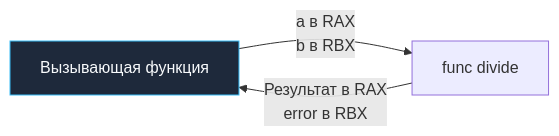
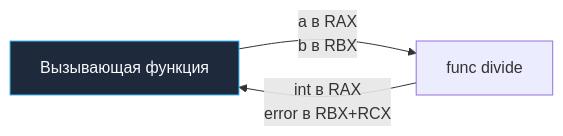
Before and after one commit to UnrealTemplier/go-textbook-ru: the diagram in sources/5. Учебник по Go (Основы и синтаксис)/10. Функции. Аргументы, return, multiple return values.md, drawn with Mermaid. The commit also changed other lines of this file and 43 other files, not shown here.

````diff
--- a/sources/5. Учебник по Go (Основы и синтаксис)/10. Функции. Аргументы, return, multiple return values.md
+++ b/sources/5. Учебник по Go (Основы и синтаксис)/10. Функции. Аргументы, return, multiple return values.md
@@ -54,15 +54,15 @@
 ```mermaid
 flowchart LR
     classDef process  fill:#1e293b,stroke:#38bdf8,stroke-width:1px,color:#f8fafc
     classDef success  fill:#064e3b,stroke:#34d399,stroke-width:1px,color:#f8fafc
     classDef error    fill:#7f1d1d,stroke:#f87171,stroke-width:1px,color:#f8fafc
     classDef warning  fill:#78350f,stroke:#fbbf24,stroke-width:1px,color:#f8fafc
     classDef entry    fill:#1e3a5f,stroke:#38bdf8,stroke-width:2px,color:#f8fafc
     classDef aux      fill:#334155,stroke:#64748b,stroke-width:1px,color:#f8fafc
     classDef system   fill:#312e81,stroke:#a78bfa,stroke-width:1px,color:#f8fafc
     classDef data     fill:#132d29,stroke:#2dd4bf,stroke-width:1px,color:#f8fafc
     classDef network  fill:#881337,stroke:#fb7185,stroke-width:1px,color:#f8fafc
     classDef accent   fill:#1e1b4b,stroke:#818cf8,stroke-width:1px,color:#f8fafc
     Caller["Вызывающая функция"]:::process -->|"a в RAX<br>b в RBX"| Func["func divide"]
-    Func -->|"Результат в RAX<br>error в RBX"| Caller
+    Func -->|"int в RAX<br>error в RBX+RCX"| Caller
 ```
````
